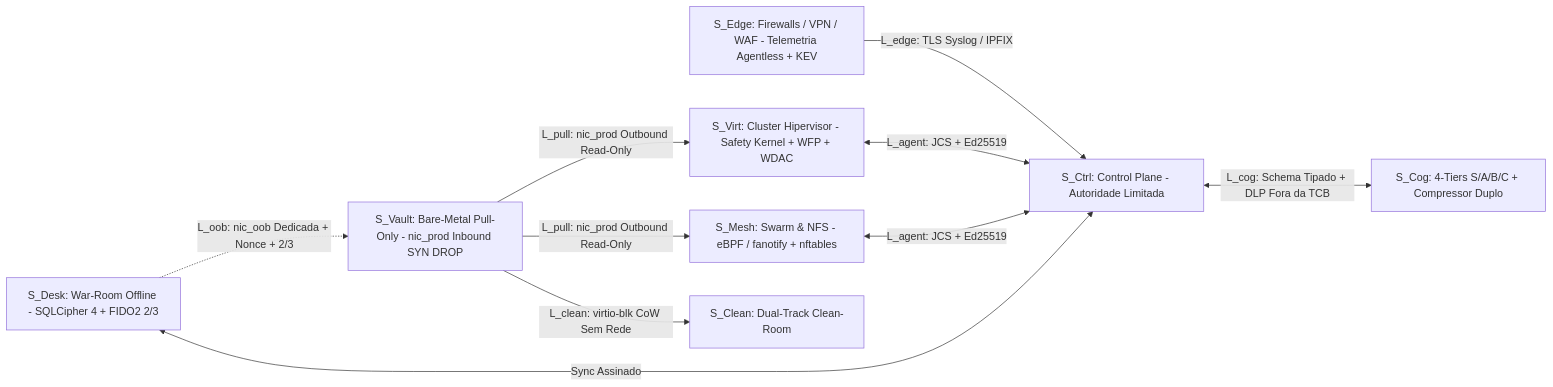
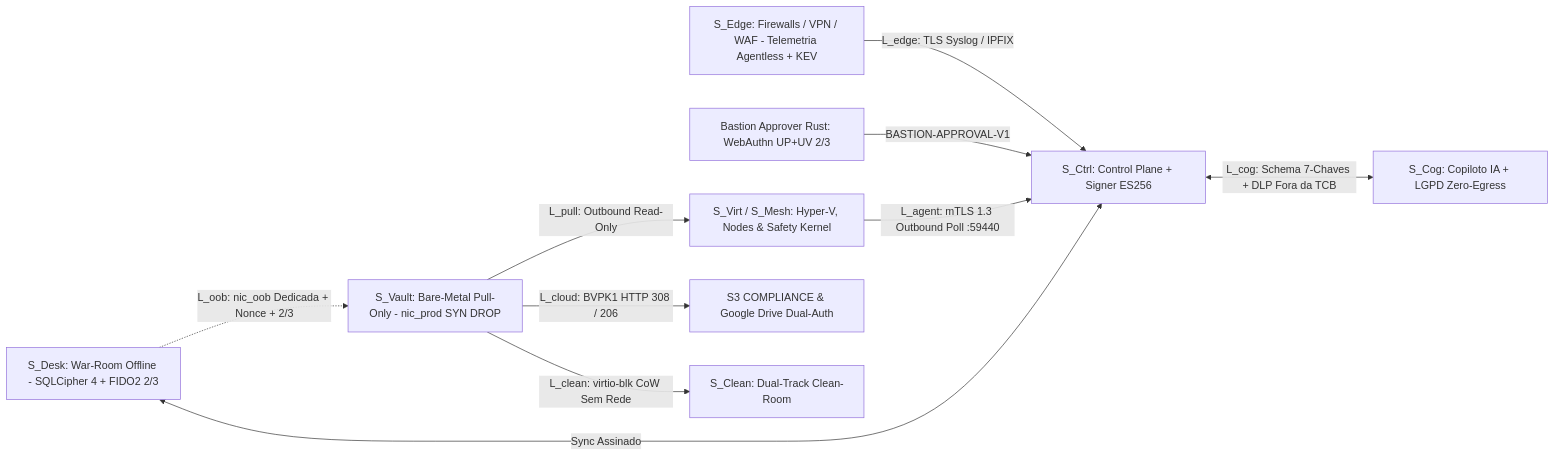
The diagram in content/VTI-RES-2026-04/paper_pt.md (ProjectOS-system/vti-research), drawn with Mermaid before and after one commit. The commit also changed other lines of this file and 29 other files, not shown here.

````diff
--- a/content/VTI-RES-2026-04/paper_pt.md
+++ b/content/VTI-RES-2026-04/paper_pt.md
@@ -91,12 +101,12 @@
 ```mermaid
 flowchart LR
-    SEDGE["S_Edge: Firewalls / VPN / WAF - Telemetria Agentless + KEV"] -->|"L_edge: TLS Syslog / IPFIX"| SC["S_Ctrl: Control Plane - Autoridade Limitada"]
-    SV["S_Virt: Cluster Hipervisor - Safety Kernel + WFP + WDAC"] <-->|"L_agent: JCS + Ed25519"| SC
-    SM["S_Mesh: Swarm & NFS - eBPF / fanotify + nftables"] <-->|"L_agent: JCS + Ed25519"| SC
+    SEDGE["S_Edge: Firewalls / VPN / WAF - Telemetria Agentless + KEV"] -->|"L_edge: TLS Syslog / IPFIX"| SC["S_Ctrl: Control Plane + Signer ES256"]
+    APP["Bastion Approver Rust: WebAuthn UP+UV 2/3"] -->|"BASTION-APPROVAL-V1"| SC
+    SV["S_Virt / S_Mesh: Hyper-V, Nodes & Safety Kernel"] -->|"L_agent: mTLS 1.3 Outbound Poll :59440"| SC
     SDESK["S_Desk: War-Room Offline - SQLCipher 4 + FIDO2 2/3"] <-->|"Sync Assinado"| SC
-    SDESK -.->|"L_oob: nic_oob Dedicada + Nonce + 2/3"| SVAULT["S_Vault: Bare-Metal Pull-Only - nic_prod Inbound SYN DROP"]
-    SC <-->|"L_cog: Schema Tipado + DLP Fora da TCB"| SCOG["S_Cog: 4-Tiers S/A/B/C + Compressor Duplo"]
-    SVAULT -->|"L_pull: nic_prod Outbound Read-Only"| SV
-    SVAULT -->|"L_pull: nic_prod Outbound Read-Only"| SM
+    SDESK -.->|"L_oob: nic_oob Dedicada + Nonce + 2/3"| SVAULT["S_Vault: Bare-Metal Pull-Only - nic_prod SYN DROP"]
+    SC <-->|"L_cog: Schema 7-Chaves + DLP Fora da TCB"| SCOG["S_Cog: Copiloto IA + LGPD Zero-Egress"]
+    SVAULT -->|"L_pull: Outbound Read-Only"| SV
+    SVAULT -->|"L_cloud: BVPK1 HTTP 308 / 206"| CLOUD["S3 COMPLIANCE & Google Drive Dual-Auth"]
     SVAULT -->|"L_clean: virtio-blk CoW Sem Rede"| SCLEAN["S_Clean: Dual-Track Clean-Room"]
 ```
````
